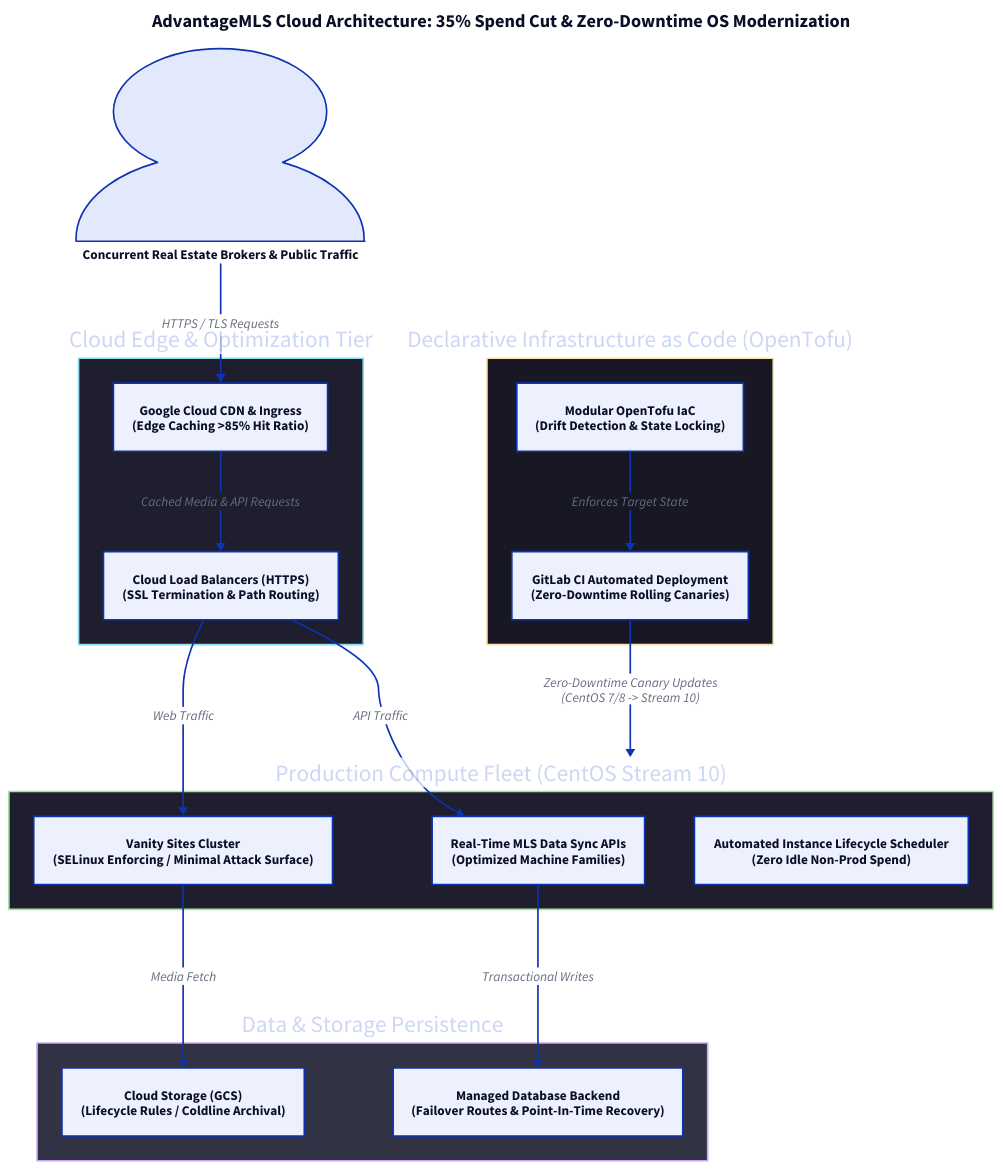
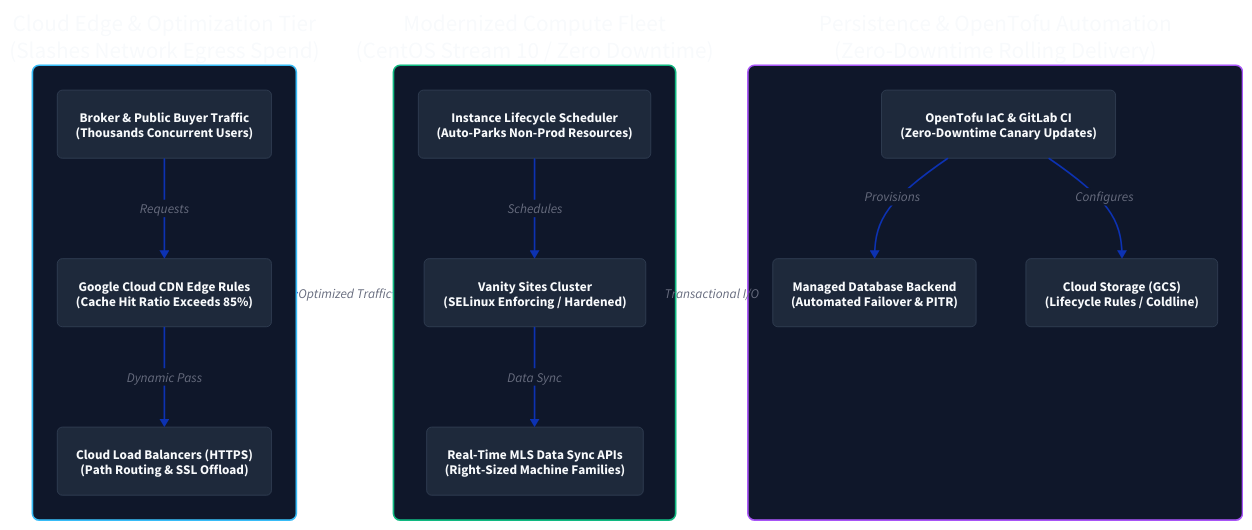
One commit to renich/contra changed the diagram in assets/diagrams/advantagemls-gcp.d2. Above: the diagram before and after it, drawn with D2. The commit also changed 8 other files, not shown here.

First line of the commit message:
style(diagrams): redesign architecture schematics into 1920x1080 16:9 hero showcase cards

```diff
--- a/assets/diagrams/advantagemls-gcp.d2
+++ b/assets/diagrams/advantagemls-gcp.d2
@@ -1,83 +1,77 @@
-direction: down
-
 classes: {
   edge_tier: {
     style: {
-      fill: "#1e1e2e"
-      stroke: "#89dceb"
+      fill: "#0f172a"
+      stroke: "#38bdf8"
       stroke-width: 2
-      font-color: "#cdd6f4"
+      font-color: "#f8fafc"
+      border-radius: 8
     }
   }
   compute_tier: {
     style: {
-      fill: "#1e1e2e"
-      stroke: "#a6e3a1"
+      fill: "#0f172a"
+      stroke: "#10b981"
       stroke-width: 2
-      font-color: "#cdd6f4"
+      font-color: "#f8fafc"
+      border-radius: 8
     }
   }
-  iac_tier: {
+  storage_tier: {
     style: {
-      fill: "#181825"
-      stroke: "#f9e2af"
+      fill: "#0f172a"
+      stroke: "#a855f7"
       stroke-width: 2
-      font-color: "#cdd6f4"
+      font-color: "#f8fafc"
+      border-radius: 8
     }
   }
-  db_tier: {
+  node_box: {
     style: {
-      fill: "#313244"
-      stroke: "#cba6f7"
-      stroke-width: 2
-      font-color: "#cdd6f4"
+      fill: "#1e293b"
+      stroke: "#334155"
+      stroke-width: 1
+      font-color: "#f8fafc"
+      border-radius: 6
     }
   }
 }
 
-title: "AdvantageMLS Cloud Architecture: 35% Spend Cut & Zero-Downtime OS Modernization" {
-  near: top-center
-  shape: text
-  style: {
-    font-size: 22
-    bold: true
-  }
+grid-columns: 3
+grid-gap: 40
+
+edge: "Cloud Edge & Optimization Tier\n(Slashes Network Egress Spend)" {
+  class: edge_tier
+  
+  traffic: "Broker & Public Buyer Traffic\n(Thousands Concurrent Users)" { class: node_box }
+  cdn: "Google Cloud CDN Edge Rules\n(Cache Hit Ratio Exceeds 85%)" { class: node_box }
+  lb: "Cloud Load Balancers (HTTPS)\n(Path Routing & SSL Offload)" { class: node_box }
+
+  traffic -> cdn: Requests
+  cdn -> lb: Dynamic Pass
 }
 
-users: "Concurrent Real Estate Brokers & Public Traffic" {
-  shape: person
+compute: "Modernized Compute Fleet\n(CentOS Stream 10 / Zero Downtime)" {
+  class: compute_tier
+
+  vanity: "Vanity Sites Cluster\n(SELinux Enforcing / Hardened)" { class: node_box }
+  api: "Real-Time MLS Data Sync APIs\n(Right-Sized Machine Families)" { class: node_box }
+  scheduler: "Instance Lifecycle Scheduler\n(Auto-Parks Non-Prod Resources)" { class: node_box }
+
+  vanity -> api: Data Sync
+  scheduler -> vanity: Schedules
 }
 
-edge: "Cloud Edge & Optimization Tier" {
-  class: edge_tier
-  cdn: "Google Cloud CDN & Ingress\n(Edge Caching >85% Hit Ratio)"
-  lb: "Cloud Load Balancers (HTTPS)\n(SSL Termination & Path Routing)"
-  cdn -> lb: "Cached Media & API Requests"
+persistence_iac: "Persistence & OpenTofu Automation\n(Zero-Downtime Rolling Delivery)" {
+  class: storage_tier
+
+  db: "Managed Database Backend\n(Automated Failover & PITR)" { class: node_box }
+  gcs: "Cloud Storage (GCS)\n(Lifecycle Rules / Coldline)" { class: node_box }
+  tofu: "OpenTofu IaC & GitLab CI\n(Zero-Downtime Canary Updates)" { class: node_box }
+
+  tofu -> db: Provisions
+  tofu -> gcs: Configures
 }
 
-compute: "Production Compute Fleet (CentOS Stream 10)" {
-  class: compute_tier
-  vanity: "Vanity Sites Cluster\n(SELinux Enforcing / Minimal Attack Surface)"
-  api: "Real-Time MLS Data Sync APIs\n(Optimized Machine Families)"
-  lifecycle: "Automated Instance Lifecycle Scheduler\n(Zero Idle Non-Prod Spend)"
-}
-
-storage_tier: "Data & Storage Persistence" {
-  class: db_tier
-  db: "Managed Database Backend\n(Failover Routes & Point-In-Time Recovery)"
-  assets: "Cloud Storage (GCS)\n(Lifecycle Rules / Coldline Archival)"
-}
-
-iac: "Declarative Infrastructure as Code (OpenTofu)" {
-  class: iac_tier
-  tofu: "Modular OpenTofu IaC\n(Drift Detection & State Locking)"
-  ci: "GitLab CI Automated Deployment\n(Zero-Downtime Rolling Canaries)"
-  tofu -> ci: "Enforces Target State"
-}
-
-users -> edge.cdn: "HTTPS / TLS Requests"
-edge.lb -> compute.vanity: "Web Traffic"
-edge.lb -> compute.api: "API Traffic"
-compute.api -> storage_tier.db: "Transactional Writes"
-compute.vanity -> storage_tier.assets: "Media Fetch"
-iac.ci -> compute: "Zero-Downtime Canary Updates\n(CentOS 7/8 -> Stream 10)"
+edge -> compute: "Optimized Traffic"
+compute -> persistence_iac: "Transactional I/O"
```
